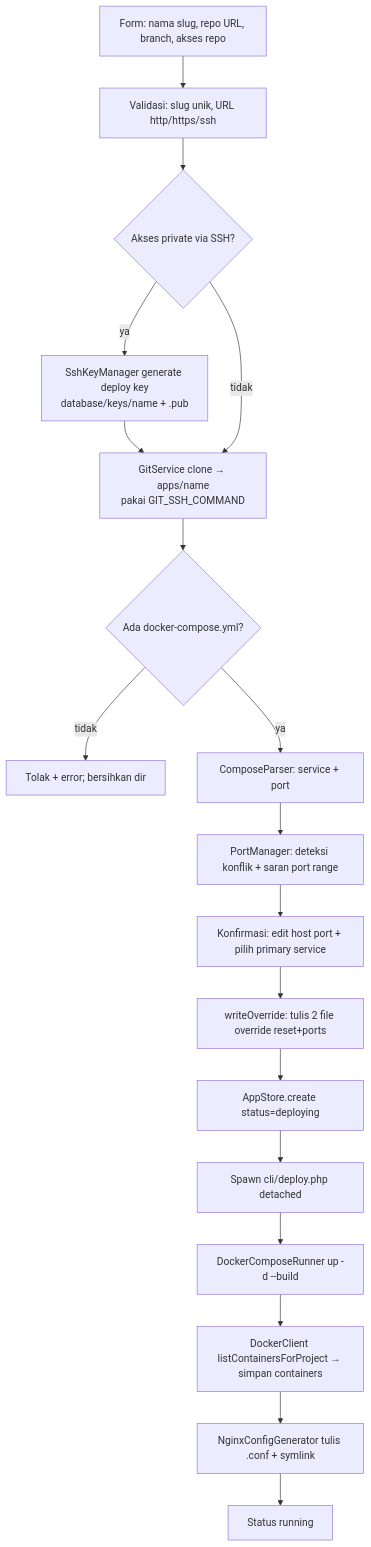
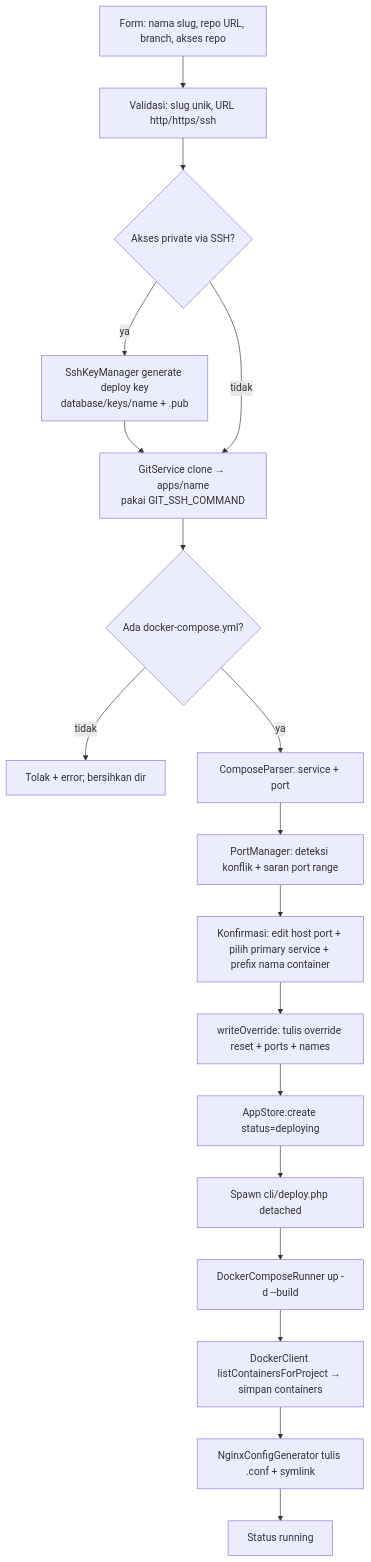
Before and after one commit to yllumi/rames: the second of 2 diagrams in ARCHITECTURE.md, drawn with Mermaid. The commit also changed other lines of this file and 13 other files, not shown here.

````diff
--- a/ARCHITECTURE.md
+++ b/ARCHITECTURE.md
@@ -175,20 +180,20 @@
 ```mermaid
 flowchart TD
     A[Form: nama slug, repo URL, branch, akses repo] --> B[Validasi: slug unik, URL http/https/ssh]
     B --> B1{Akses private via SSH?}
     B1 -- ya --> B2[SshKeyManager generate deploy key<br/>database/keys/name + .pub]
     B2 --> C[GitService clone → apps/name<br/>pakai GIT_SSH_COMMAND]
     B1 -- tidak --> C
     C --> D{Ada docker-compose.yml?}
     D -- tidak --> E[Tolak + error; bersihkan dir]
     D -- ya --> F[ComposeParser: service + port]
     F --> G[PortManager: deteksi konflik + saran port range]
-    G --> H[Konfirmasi: edit host port + pilih primary service]
-    H --> I[writeOverride: tulis 2 file override reset+ports]
+    G --> H[Konfirmasi: edit host port + pilih primary service + prefix nama container]
+    H --> I[writeOverride: tulis override reset + ports + names]
     I --> J[AppStore.create status=deploying]
     J --> K[Spawn cli/deploy.php detached]
     K --> L[DockerComposeRunner up -d --build]
     L --> M[DockerClient listContainersForProject → simpan containers]
     M --> N[NginxConfigGenerator tulis .conf + symlink]
     N --> O[Status running]
 ```
````
